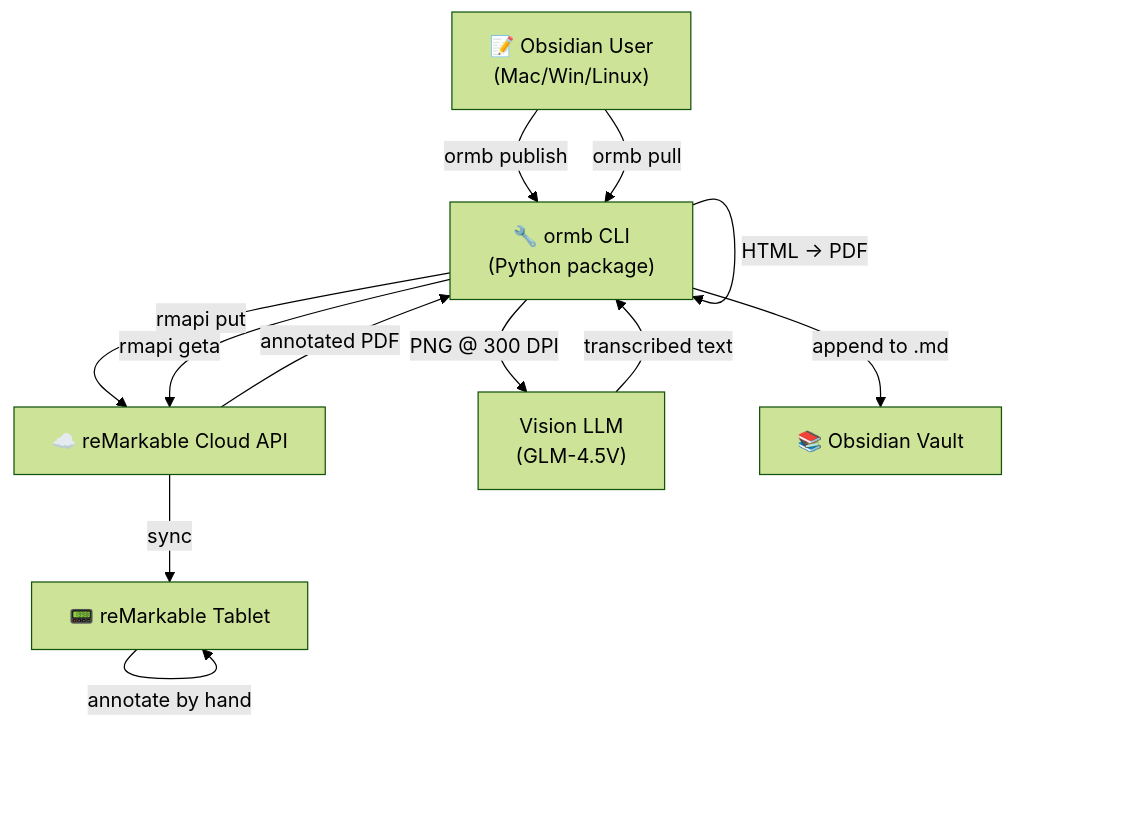
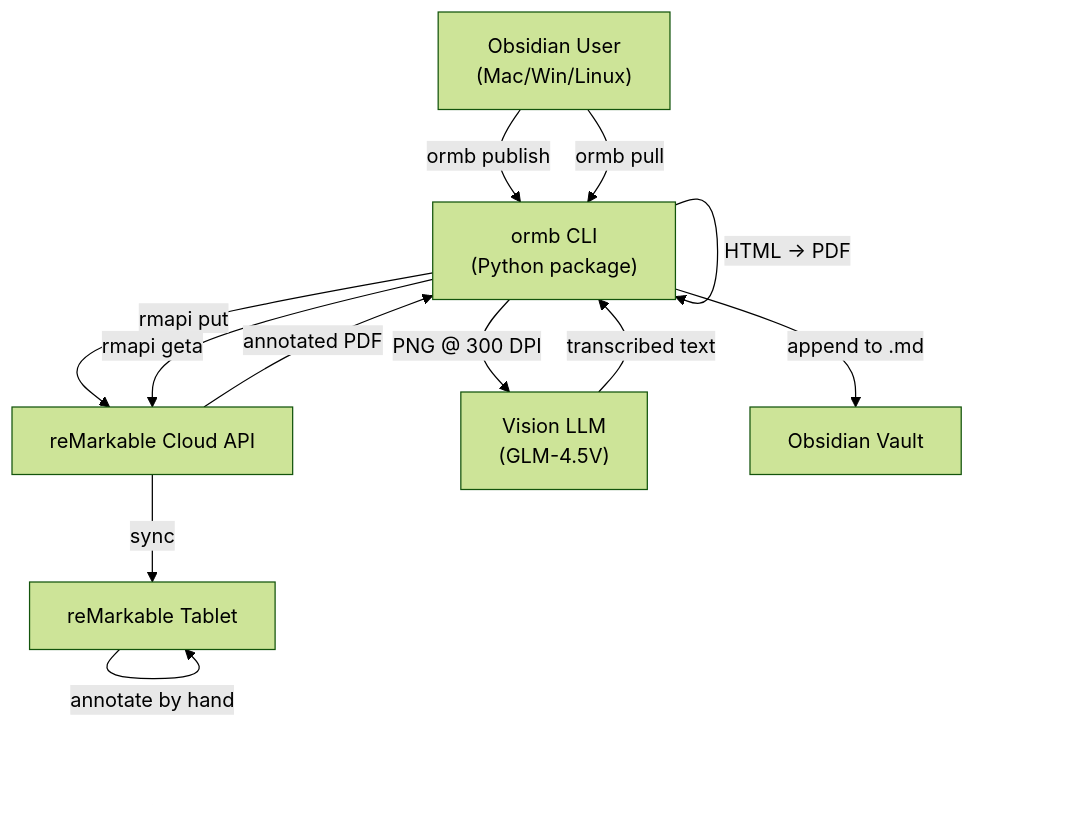
The first of 2 diagrams in src/content/blog/remarkable-roundtrip.md (vevmesteren/vevmesteren.github.io), drawn with Mermaid (forest theme) before and after one commit. The commit also changed other lines of this file and 64 other files, not shown here.

````diff
--- a/src/content/blog/remarkable-roundtrip.md
+++ b/src/content/blog/remarkable-roundtrip.md
@@ -30,21 +30,21 @@
 ```mermaid
 graph TB
-    User["📝 Obsidian User<br/>(Mac/Win/Linux)"]
-    CLI["🔧 ormb CLI<br/>(Python package)"]
-    RM["📟 reMarkable Tablet"]
-    Cloud["☁️ reMarkable Cloud API"]
+    User["Obsidian User<br/>(Mac/Win/Linux)"]
+    CLI["ormb CLI<br/>(Python package)"]
+    RM["reMarkable Tablet"]
+    Cloud["reMarkable Cloud API"]
     Vision["Vision LLM<br/>(GLM-4.5V)"]
-    Vault["📚 Obsidian Vault"]
+    Vault["Obsidian Vault"]
 
     User -->|"ormb publish"| CLI
     CLI -->|"HTML → PDF"| CLI
     CLI -->|"rmapi put"| Cloud
     Cloud -->|"sync"| RM
     RM -->|"annotate by hand"| RM
     User -->|"ormb pull"| CLI
     CLI -->|"rmapi geta"| Cloud
     Cloud -->|"annotated PDF"| CLI
     CLI -->|"PNG @ 300 DPI"| Vision
     Vision -->|"transcribed text"| CLI
     CLI -->|"append to .md"| Vault
 ```
````
